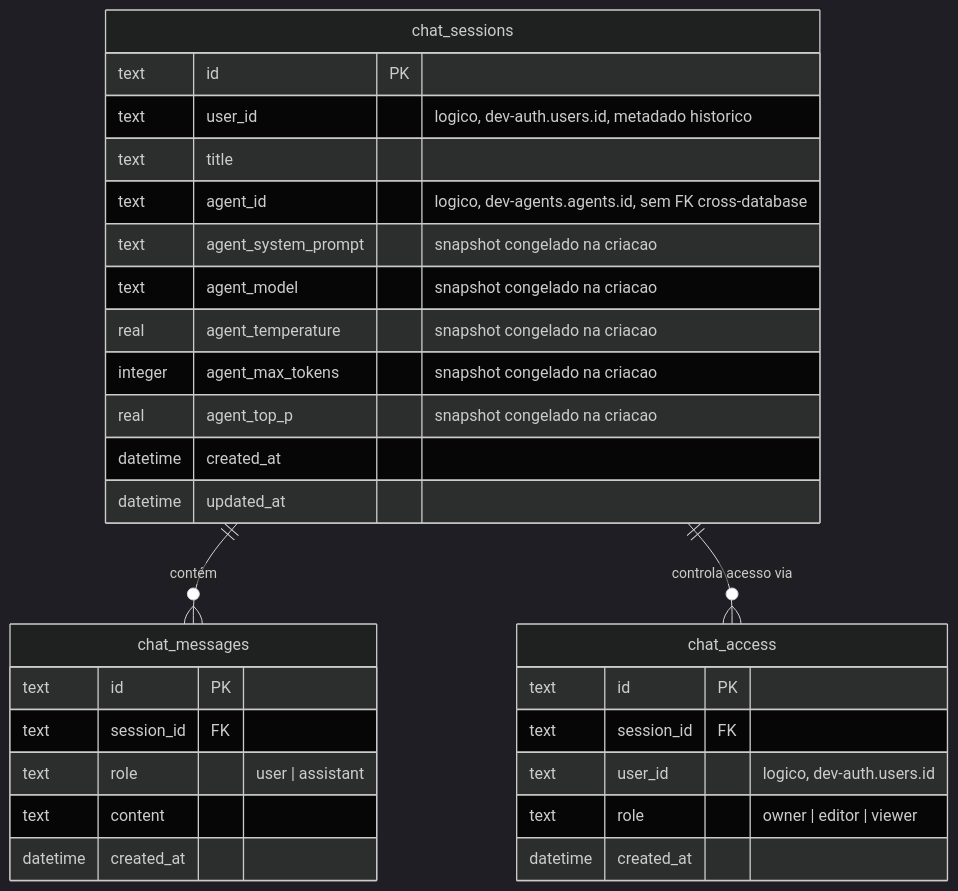
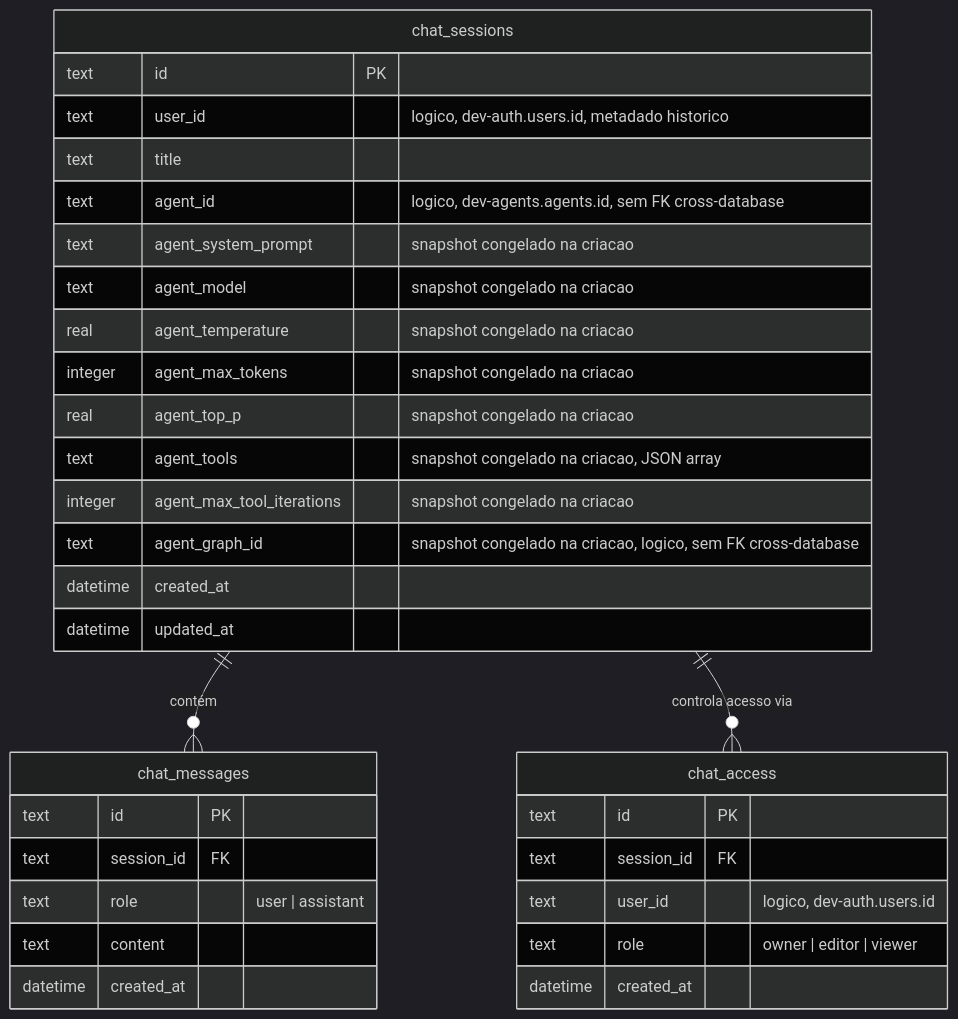
Before and after one commit to 0xHackerSpace/wrapper-api: the fourth of 6 diagrams in docs/database-diagram.md, drawn with Mermaid (dark theme). The commit also changed other lines of this file and 6 other files, not shown here.

First line of the commit message:
docs: add ADR 0024 and update project docs for the find_node graph tool

````diff
--- a/docs/database-diagram.md
+++ b/docs/database-diagram.md
@@ -157,35 +157,38 @@
 ```mermaid
 erDiagram
     chat_sessions ||--o{ chat_messages : "contém"
     chat_sessions ||--o{ chat_access : "controla acesso via"
 
     chat_sessions {
         text id PK
         text user_id "logico, dev-auth.users.id, metadado historico"
         text title
         text agent_id "logico, dev-agents.agents.id, sem FK cross-database"
         text agent_system_prompt "snapshot congelado na criacao"
         text agent_model "snapshot congelado na criacao"
         real agent_temperature "snapshot congelado na criacao"
         integer agent_max_tokens "snapshot congelado na criacao"
         real agent_top_p "snapshot congelado na criacao"
+        text agent_tools "snapshot congelado na criacao, JSON array"
+        integer agent_max_tool_iterations "snapshot congelado na criacao"
+        text agent_graph_id "snapshot congelado na criacao, logico, sem FK cross-database"
         datetime created_at
         datetime updated_at
     }
 
     chat_messages {
         text id PK
         text session_id FK
         text role "user | assistant"
         text content
         datetime created_at
     }
 
     chat_access {
         text id PK
         text session_id FK
         text user_id "logico, dev-auth.users.id"
         text role "owner | editor | viewer"
         datetime created_at
     }
 ```
````
